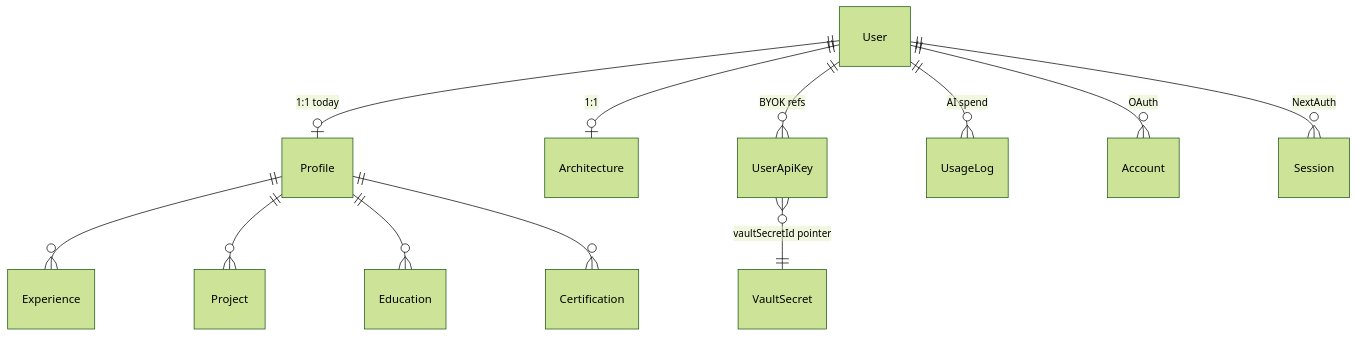
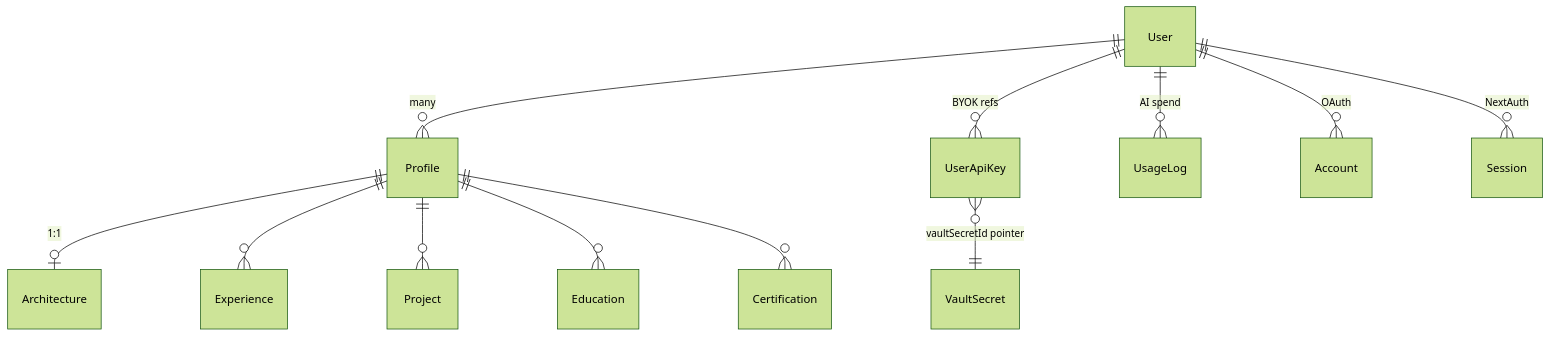
One commit to bhagatks/EasySubmit changed the first of 2 diagrams in docs/database-schema.md. Above: the diagram before and after it, drawn with Mermaid (forest theme). The commit also changed other lines of this file and 50 other files, not shown here.

````diff
--- a/docs/database-schema.md
+++ b/docs/database-schema.md
@@ -21,16 +21,16 @@
 ```mermaid
 erDiagram
-    User ||--o| Profile : "1:1 today"
-    User ||--o| Architecture : "1:1"
+    User ||--o{ Profile : "many"
+    Profile ||--o| Architecture : "1:1"
     User ||--o{ UserApiKey : "BYOK refs"
     User ||--o{ UsageLog : "AI spend"
     User ||--o{ Account : "OAuth"
     User ||--o{ Session : "NextAuth"
 
     Profile ||--o{ Experience : ""
     Profile ||--o{ Project : ""
     Profile ||--o{ Education : ""
     Profile ||--o{ Certification : ""
 
     UserApiKey }o--|| VaultSecret : "vaultSecretId pointer"
 ```
````
